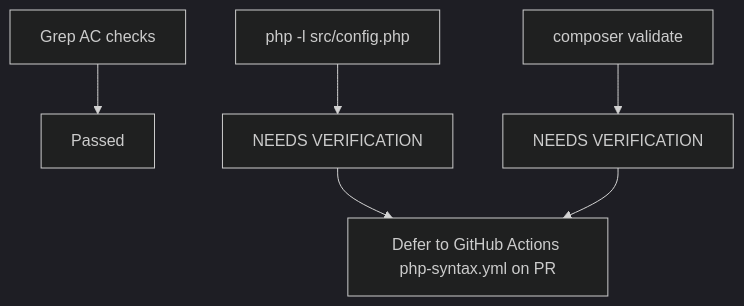
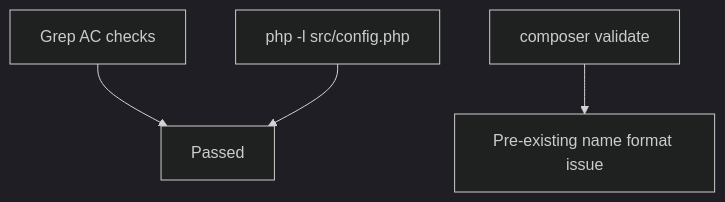
Before and after one commit to mayank3213/Intern-Cohort-AI-Tasks: the seventh of 7 diagrams in tasks/Advanced/A2/parallel-run-a1-demo.md, drawn with Mermaid (dark theme). The commit also changed other lines of this file and 134 other files, not shown here.

````diff
--- a/tasks/Advanced/A2/parallel-run-a1-demo.md
+++ b/tasks/Advanced/A2/parallel-run-a1-demo.md
@@ -260,8 +258,6 @@
 ```mermaid
 graph TD
   GrepChecks["Grep AC checks"] --> Passed["Passed"]
-  PhpLint["php -l src/config.php"] --> NeedsVerify["NEEDS VERIFICATION"]
-  ComposerValidate["composer validate"] --> NeedsVerify2["NEEDS VERIFICATION"]
-  NeedsVerify --> CI["Defer to GitHub Actions php-syntax.yml on PR"]
-  NeedsVerify2 --> CI
+  PhpLint["php -l src/config.php"] --> Passed
+  ComposerValidate["composer validate"] --> BaselineIssue["Pre-existing name format issue"]
 ```
````
